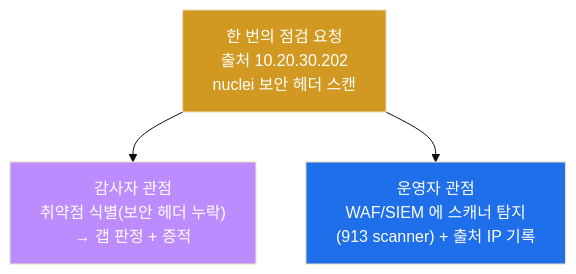
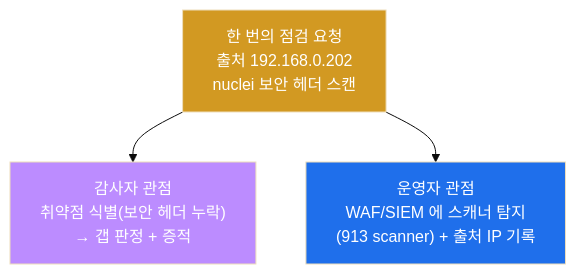
Before and after one commit to mrgrit/tw2: the eighth of 10 diagrams in contents/training/compliance/lecture_week08.md, drawn with Mermaid (base theme). The commit also changed other lines of this file and 29 other files, not shown here.

````diff
--- a/contents/training/compliance/lecture_week08.md
+++ b/contents/training/compliance/lecture_week08.md
@@ -437,11 +438,11 @@
 ```mermaid
 graph TD
-    REQ["한 번의 점검 요청<br/>출처 10.20.30.202<br/>nuclei 보안 헤더 스캔"]
+    REQ["한 번의 점검 요청<br/>출처 192.168.0.202<br/>nuclei 보안 헤더 스캔"]
     AUD_VIEW["감사자 관점<br/>취약점 식별(보안 헤더 누락)<br/>→ 갭 판정 + 증적"]
     OPS_VIEW["운영자 관점<br/>WAF/SIEM 에 스캐너 탐지<br/>(913 scanner) + 출처 IP 기록"]
     REQ --> AUD_VIEW
     REQ --> OPS_VIEW
     style REQ fill:#d29922,color:#fff
     style AUD_VIEW fill:#bc8cff,color:#fff
     style OPS_VIEW fill:#1f6feb,color:#fff
 ```
````
